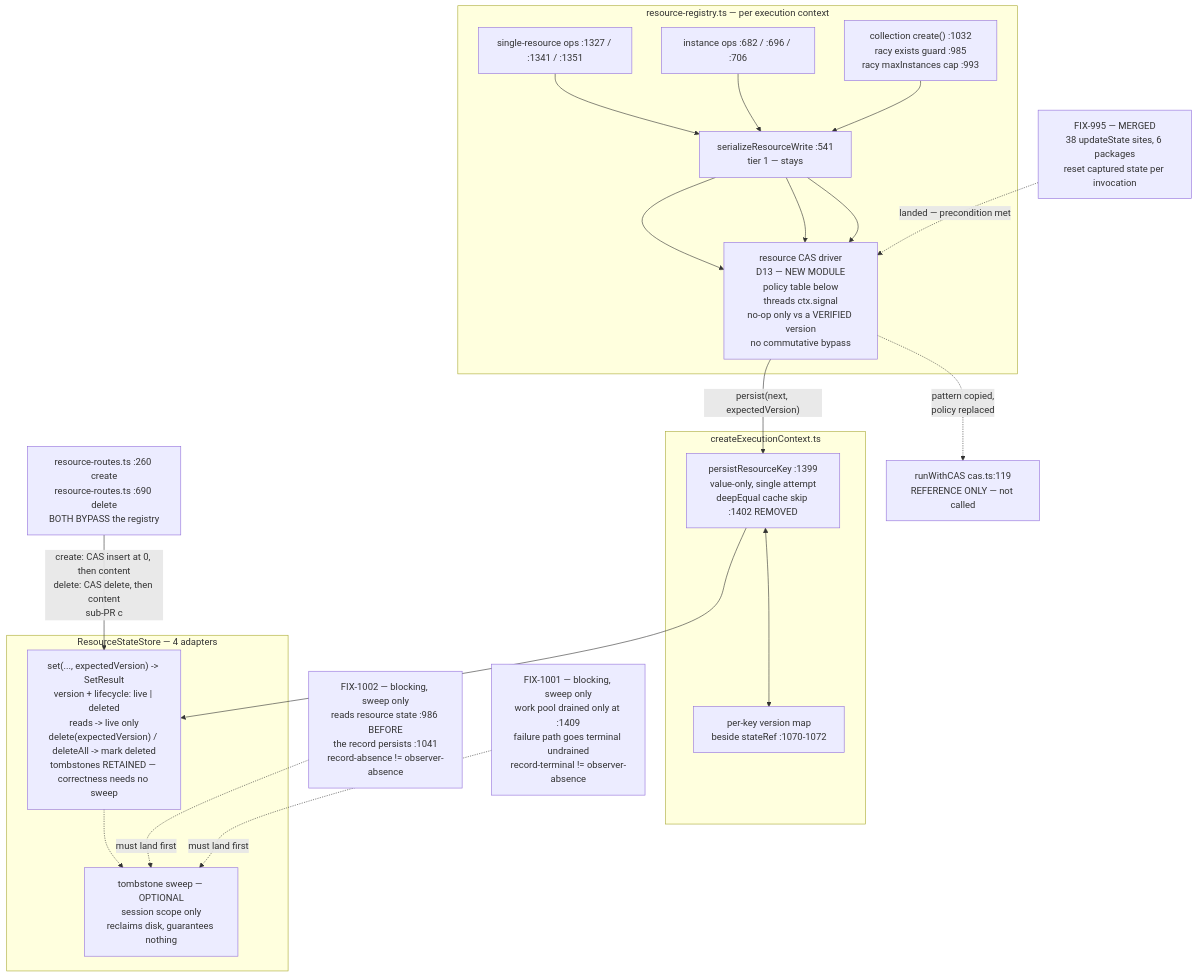
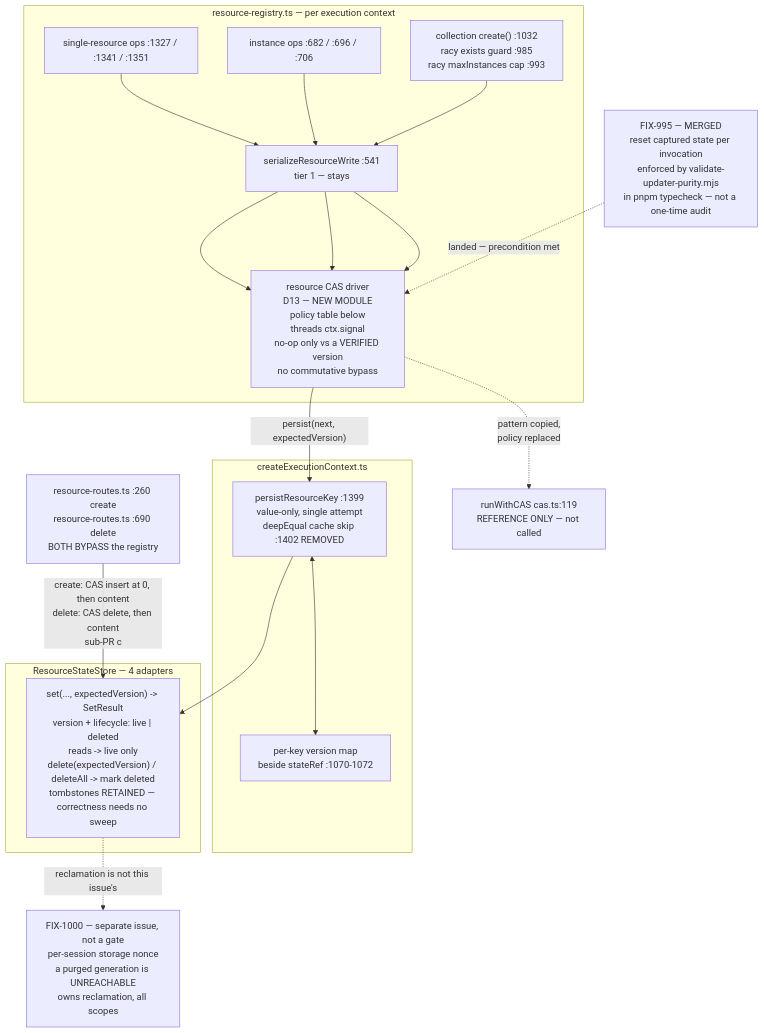
Before and after one commit to fixpoint-labs/flow-state-dev: the diagram in docs/specs/FIX-992.md, drawn with Mermaid. The commit also changed other lines of this file, not shown here.

First line of the commit message:
spec(FIX-992): finalize for approval — one constraint, one guard, one retirement

````diff
--- a/docs/specs/FIX-992.md
+++ b/docs/specs/FIX-992.md
@@ -238,35 +239,31 @@
 ```mermaid
 flowchart TD
-    F995["FIX-995 — MERGED<br/>38 updateState sites, 6 packages<br/>reset captured state per invocation"]
+    F995["FIX-995 — MERGED<br/>reset captured state per invocation<br/>enforced by validate-updater-purity.mjs<br/>in pnpm typecheck — not a one-time audit"]
     subgraph reg["resource-registry.ts — per execution context"]
       A1["single-resource ops :1327 / :1341 / :1351"]
       A2["instance ops :682 / :696 / :706"]
       A3["collection create() :1032<br/>racy exists guard :985<br/>racy maxInstances cap :993"]
       Q["serializeResourceWrite :541<br/>tier 1 — stays"]
       CAS["resource CAS driver<br/>D13 — NEW MODULE<br/>policy table below<br/>threads ctx.signal<br/>no-op only vs a VERIFIED version<br/>no commutative bypass"]
       A1 --> Q --> CAS
       A2 --> Q --> CAS
       A3 --> Q --> CAS
     end
     F995 -.->|"landed — precondition met"| CAS
     subgraph ctx["createExecutionContext.ts"]
       CP["persistResourceKey :1399<br/>value-only, single attempt<br/>deepEqual cache skip :1402 REMOVED"]
       VC["per-key version map<br/>beside stateRef :1070-1072"]
       CP <--> VC
     end
     CAS -->|"persist(next, expectedVersion)"| CP
     R["resource-routes.ts :260 create<br/>resource-routes.ts :690 delete<br/>BOTH BYPASS the registry"]
     subgraph store["ResourceStateStore — 4 adapters"]
       S["set(..., expectedVersion) -> SetResult<br/>version + lifecycle: live | deleted<br/>reads -> live only<br/>delete(expectedVersion) / deleteAll -> mark deleted<br/>tombstones RETAINED — correctness needs no sweep"]
-      SW["tombstone sweep — OPTIONAL<br/>session scope only<br/>reclaims disk, guarantees nothing"]
-      S -.-> SW
     end
-    F1002["FIX-1002 — blocking, sweep only<br/>reads resource state :986 BEFORE<br/>the record persists :1041<br/>record-absence != observer-absence"]
-    F1001["FIX-1001 — blocking, sweep only<br/>work pool drained only at :1409<br/>failure path goes terminal undrained<br/>record-terminal != observer-absence"]
-    F1002 -.->|"must land first"| SW
-    F1001 -.->|"must land first"| SW
+    F1000["FIX-1000 — separate issue, not a gate<br/>per-session storage nonce<br/>a purged generation is UNREACHABLE<br/>owns reclamation, all scopes"]
+    S -.->|"reclamation is not this issue's"| F1000
     CP --> S
     R -->|"create: CAS insert at 0, then content<br/>delete: CAS delete, then content<br/>sub-PR c"| S
     REF["runWithCAS cas.ts:119<br/>REFERENCE ONLY — not called"]
     CAS -.->|"pattern copied,<br/>policy replaced"| REF
 ```
````
